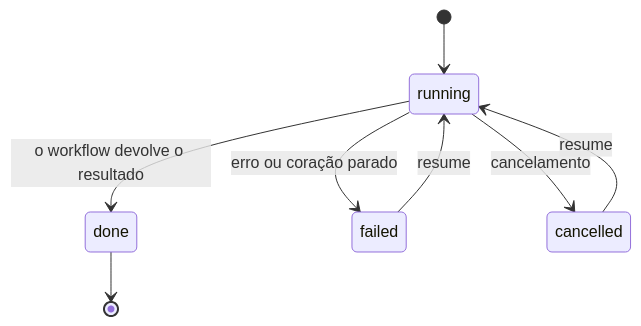
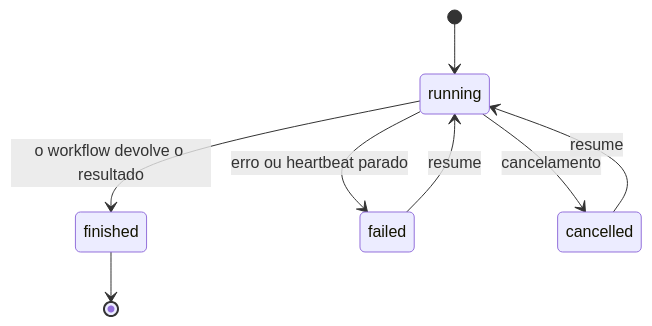
One commit to rodrigorjsf/cursor-workflows-starter changed the second of 2 diagrams in docs/contributing/03-diagramas.md. Above: the diagram before and after it, drawn with Mermaid. The commit also changed 2 other files, not shown here.

Commit message:
fix(review): SP3 draw the job lifecycle as a state machine in 3.1
The spec asks for Mermaid diagrams of state machines; the only stateDiagram-v2 was the 9.3 convention example, which used done instead of the real finished status. 3.1 now has the job lifecycle (running, finished, failed by error, crash or stale heartbeat, cancelled, resume), the 9.3 example uses the real statuses, and a book test requires the lifecycle diagram outside the conventions.

Review-Round: 2
Claude-Session: https://claude.ai/code/session_01FoetnaNqkMNESGfy6iV83j

````diff
--- a/docs/contributing/03-diagramas.md
+++ b/docs/contributing/03-diagramas.md
@@ -47,10 +47,10 @@
 ```mermaid
 stateDiagram-v2
   [*] --> running
-  running --> done: o workflow devolve o resultado
-  running --> failed: erro ou coração parado
+  running --> finished: o workflow devolve o resultado
+  running --> failed: erro ou heartbeat parado
   running --> cancelled: cancelamento
   failed --> running: resume
   cancelled --> running: resume
-  done --> [*]
+  finished --> [*]
 ```
````
